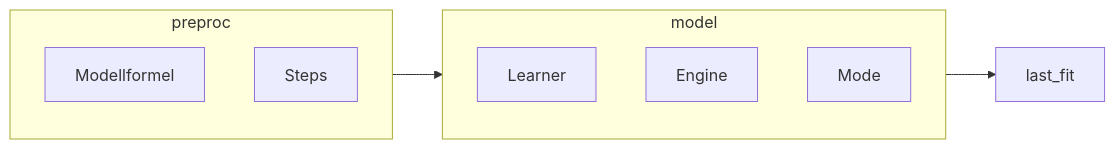
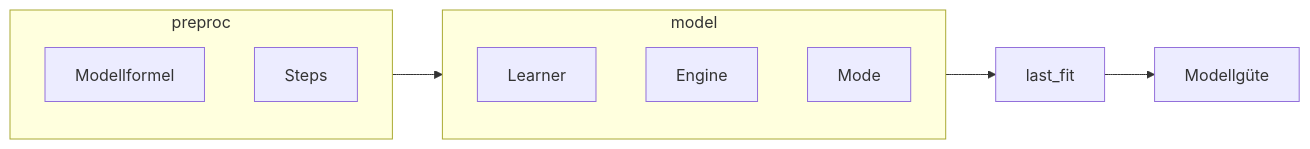
Before and after one commit to sebastiansauer/Lehre: the diagram in 23-SoSe/DS1/2023-03-29.qmd, drawn with Mermaid. The commit also changed other lines of this file and 2 other files, not shown here.

Commit message:
Unterricht Syntax

````diff
--- a/23-SoSe/DS1/2023-03-29.qmd
+++ b/23-SoSe/DS1/2023-03-29.qmd
@@ -103,14 +103,14 @@
 ```{mermaid}
 flowchart LR
   subgraph preproc
      Modellformel
      Steps
   end  
   subgraph model
     Learner
     Engine
     Mode
   end
   
-  preproc --> model --> last_fit
+  preproc --> model --> last_fit  --> Modellgüte
 ```
````
